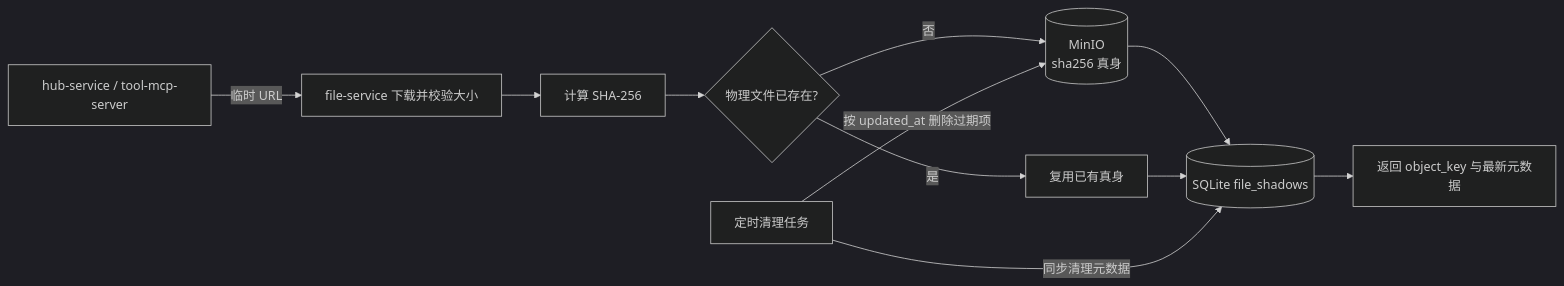
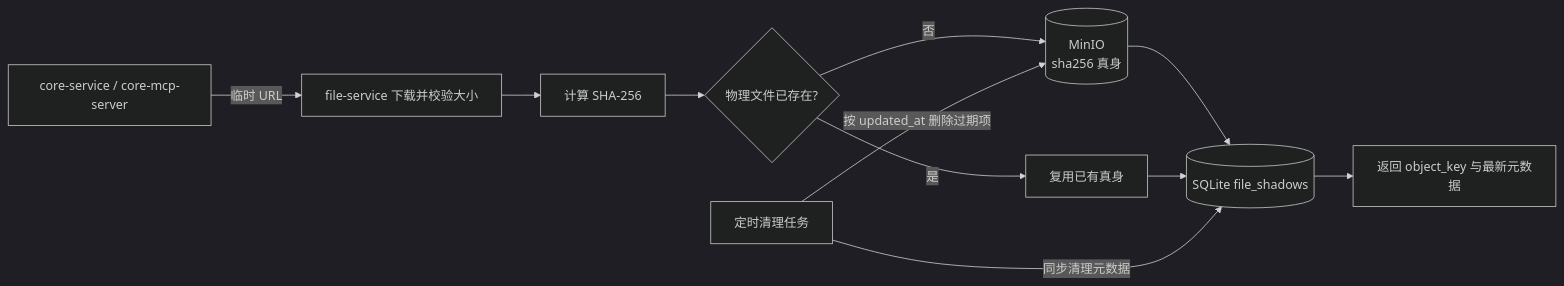
One commit to tamakara/AIChan changed the first of 2 diagrams in docs/file-service.md. Above: the diagram before and after it, drawn with Mermaid (dark theme). The commit also changed other lines of this file and 168 other files, not shown here.

````diff
--- a/docs/file-service.md
+++ b/docs/file-service.md
@@ -17,13 +17,13 @@
 ```mermaid
 flowchart LR
-    caller[hub-service / tool-mcp-server] -->|临时 URL| download[file-service 下载并校验大小]
+    caller[core-service / core-mcp-server] -->|临时 URL| download[file-service 下载并校验大小]
     download --> hash[计算 SHA-256]
     hash --> exists{物理文件已存在?}
     exists -->|否| object[(MinIO<br/>sha256 真身)]
     exists -->|是| reuse[复用已有真身]
     object --> shadow[(SQLite file_shadows)]
     reuse --> shadow
     shadow --> result[返回 object_key 与最新元数据]
     cleaner[定时清理任务] -->|按 updated_at 删除过期项| object
     cleaner -->|同步清理元数据| shadow
 ```
````
